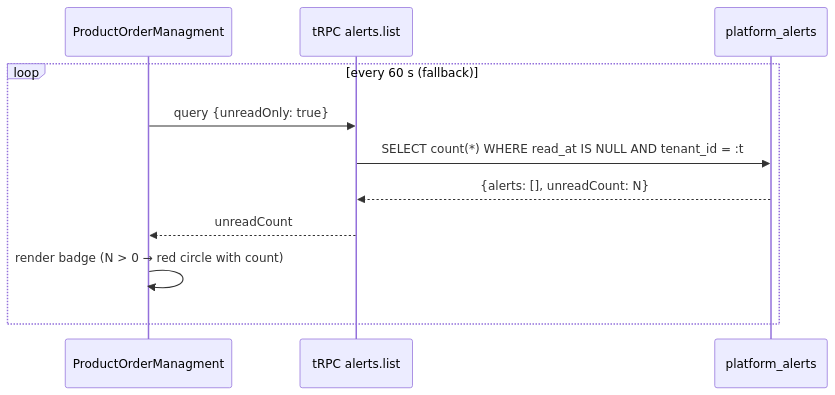
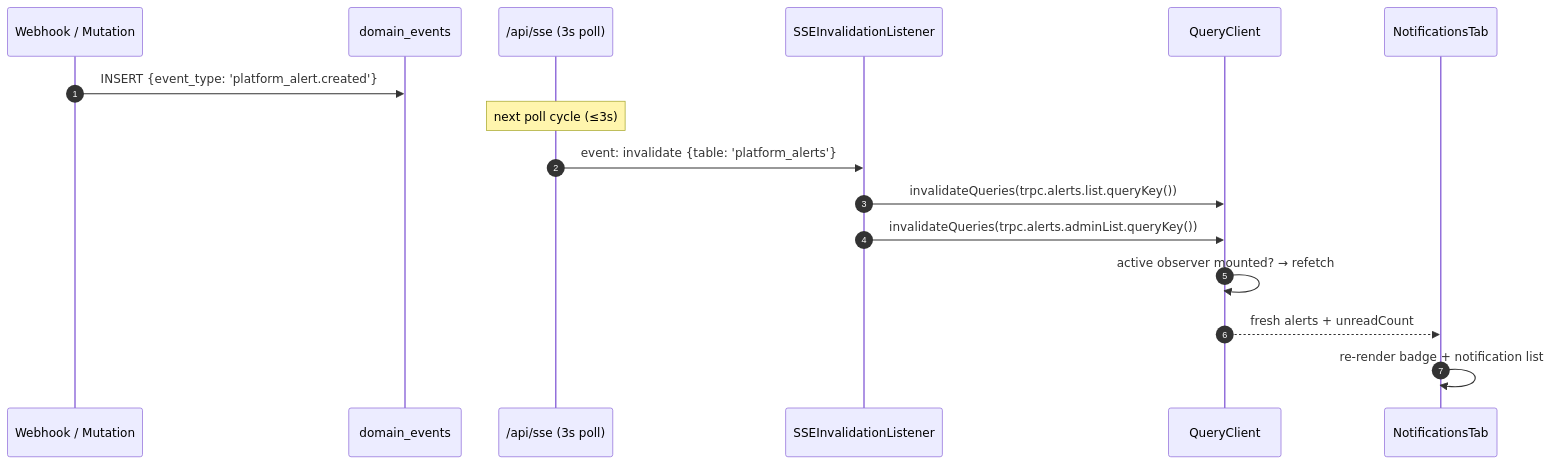
The sixth of 8 diagrams in docs/ALERTS_WEBHOOK_FLOWS.md (BarreraSlzr/orders_managment), drawn with Mermaid before and after one commit. The commit also changed other lines of this file and 5 other files, not shown here.

Commit message:
feat(alerts): enhance notifications filters, grouping, and settings integration

````diff
--- a/docs/ALERTS_WEBHOOK_FLOWS.md
+++ b/docs/ALERTS_WEBHOOK_FLOWS.md
@@ -218,14 +227,19 @@
 ```mermaid
 sequenceDiagram
-    participant POM as ProductOrderManagment
-    participant TRPC as tRPC alerts.list
-    participant DB as platform_alerts
+    autonumber
+    participant WH as Webhook / Mutation
+    participant DE as domain_events
+    participant SSE as /api/sse (3s poll)
+    participant Listener as SSEInvalidationListener
+    participant QC as QueryClient
+    participant UI as NotificationsTab
 
-    loop every 60 s (fallback)
-        POM->>TRPC: query {unreadOnly: true}
-        TRPC->>DB: SELECT count(*) WHERE read_at IS NULL AND tenant_id = :t
-        DB-->>TRPC: {alerts: [], unreadCount: N}
-        TRPC-->>POM: unreadCount
-        POM->>POM: render badge (N > 0 → red circle with count)
-    end
+    WH->>DE: INSERT {event_type: 'platform_alert.created'}
+    Note over SSE: next poll cycle (≤3s)
+    SSE->>Listener: event: invalidate {table: 'platform_alerts'}
+    Listener->>QC: invalidateQueries(trpc.alerts.list.queryKey())
+    Listener->>QC: invalidateQueries(trpc.alerts.adminList.queryKey())
+    QC->>QC: active observer mounted? → refetch
+    QC-->>UI: fresh alerts + unreadCount
+    UI->>UI: re-render badge + notification list
 ```
````
